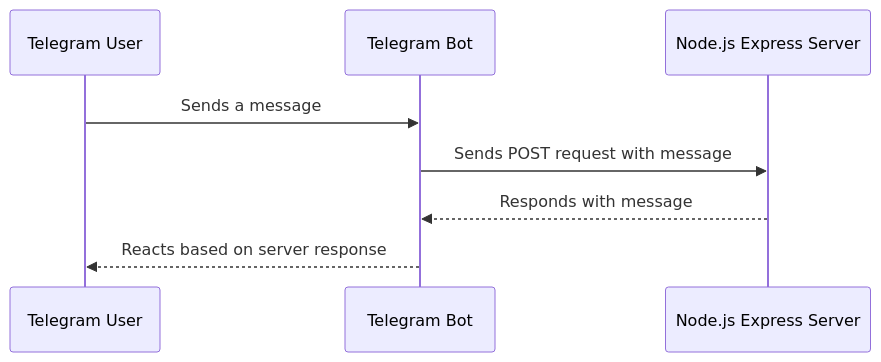
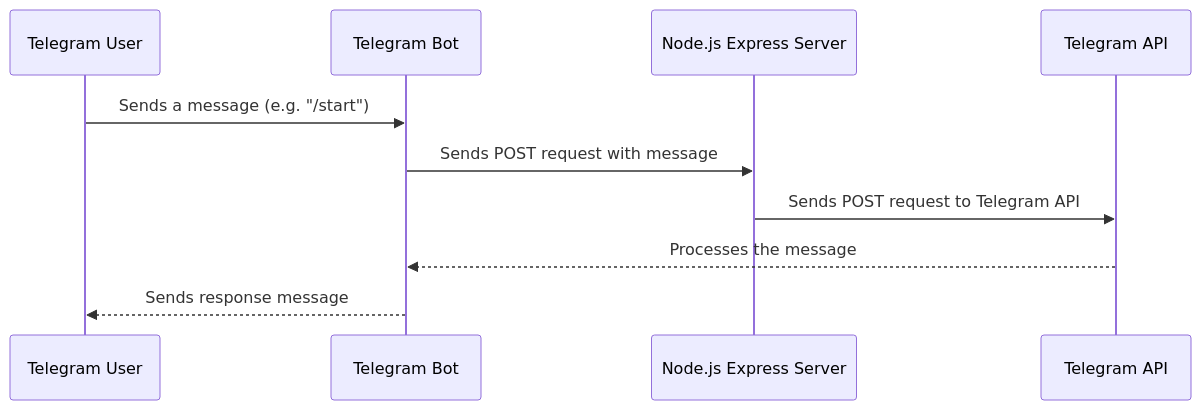
The second of 2 diagrams in README.md (Just111n/nodejs-telegram-bot), drawn with Mermaid before and after one commit. The commit also changed other lines of this file, not shown here.

````diff
--- a/README.md
+++ b/README.md
@@ -33,10 +52,14 @@
 ```mermaid
 sequenceDiagram
     participant User as Telegram User
     participant Bot as Telegram Bot
     participant Express as Node.js Express Server
-    User->>Bot: Sends a message
+    participant TelegramAPI as Telegram API
+
+    User->>Bot: Sends a message (e.g. "/start")
     Bot->>Express: Sends POST request with message
-    Express-->>Bot: Responds with message
-    Bot-->>User: Reacts based on server response
+    Express->>TelegramAPI: Sends POST request to Telegram API
+    TelegramAPI-->>Bot: Processes the message
+    Bot-->>User: Sends response message
+
 ```
````
